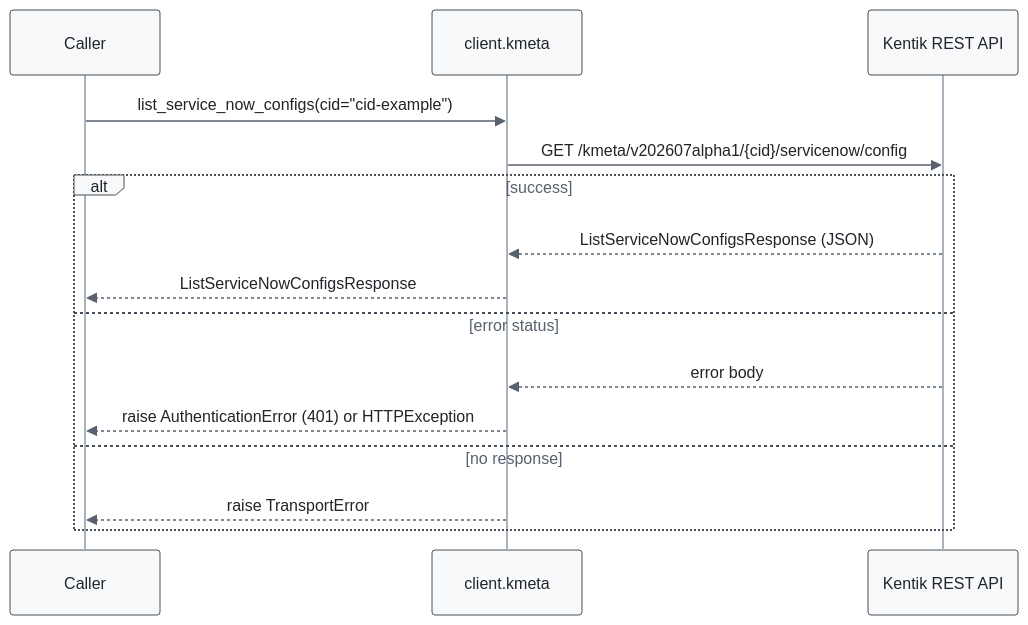
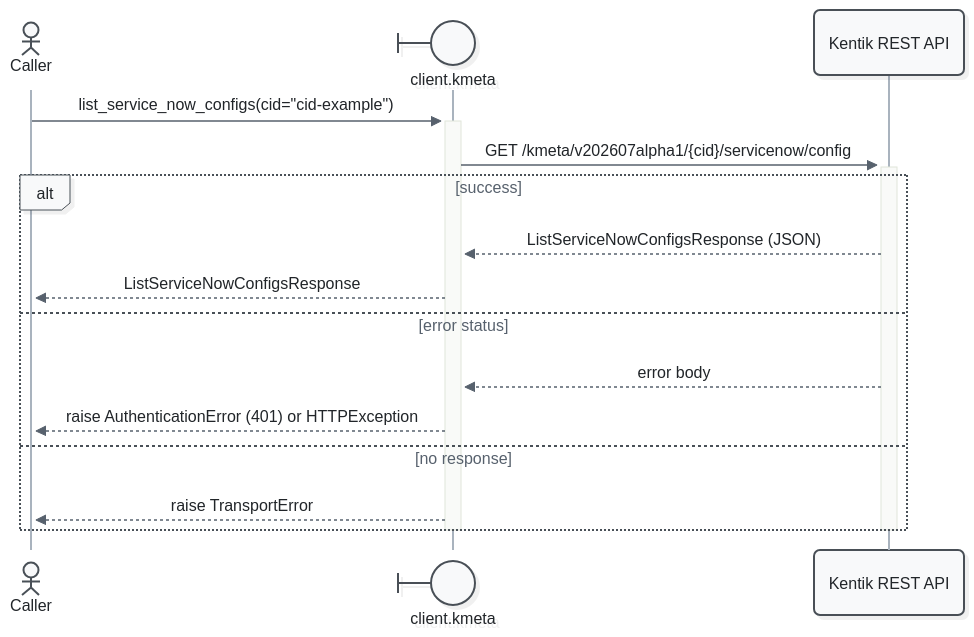
The first of 11 diagrams in docs/sphinx/services/kmeta.md (alexdearaujo/community_sdk_python), drawn with Mermaid before and after one commit. The commit also changed other lines of this file and 52 other files, not shown here.

First line of the commit message:
docs: Mermaid 12 sequence diagrams with participant types and path colors

````diff
--- a/docs/sphinx/services/kmeta.md
+++ b/docs/sphinx/services/kmeta.md
@@ -33,19 +33,21 @@
 ```mermaid
-%%{init: {"theme": "base", "fontFamily": "ui-monospace, SFMono-Regular, Menlo, monospace", "themeVariables": {"fontFamily": "ui-monospace, SFMono-Regular, Menlo, monospace", "primaryColor": "#f8f9fa", "primaryBorderColor": "#495057", "primaryTextColor": "#212529", "textColor": "#212529", "lineColor": "#77818c", "edgeLabelBackground": "#ffffff", "actorBkg": "#f8f9fa", "actorBorder": "#495057", "actorTextColor": "#212529", "actorLineColor": "#a9b3be", "signalColor": "#57616d", "signalTextColor": "#212529", "labelBoxBkgColor": "#f8f9fa", "labelBoxBorderColor": "#495057", "labelTextColor": "#212529", "loopTextColor": "#57616d", "noteBkgColor": "#fff9db", "noteBorderColor": "#f08c00", "noteTextColor": "#a35a00"}, "flowchart": {"curve": "step", "nodeSpacing": 30, "rankSpacing": 70, "wrappingWidth": 400}}}%%
+%%{init: {"theme": "redux", "look": "neo", "layout": "dagre", "fontFamily": "ui-monospace, SFMono-Regular, Menlo, monospace", "themeVariables": {"fontFamily": "ui-monospace, SFMono-Regular, Menlo, monospace", "primaryColor": "#f8f9fa", "primaryBorderColor": "#495057", "primaryTextColor": "#212529", "textColor": "#212529", "lineColor": "#77818c", "edgeLabelBackground": "#ffffff", "actorBkg": "#f8f9fa", "actorBorder": "#495057", "actorTextColor": "#212529", "actorLineColor": "#a9b3be", "signalColor": "#57616d", "signalTextColor": "#212529", "labelBoxBkgColor": "#f8f9fa", "labelBoxBorderColor": "#495057", "labelTextColor": "#212529", "loopTextColor": "#57616d", "noteBkgColor": "#fff9db", "noteBorderColor": "#f08c00", "noteTextColor": "#a35a00"}, "sequence": {"activationWidth": 16}, "flowchart": {"curve": "step", "nodeSpacing": 30, "rankSpacing": 70, "wrappingWidth": 400}}}%%
 sequenceDiagram
-    participant C as Caller
-    participant W as client.kmeta
+    actor C as Caller
+    participant W@{ "type": "boundary" } as client.kmeta
     participant API as Kentik REST API
 
-    C->>W: list_service_now_configs(cid="cid-example")
-    W->>API: GET /kmeta/v202607alpha1/{cid}/servicenow/config
+    C->>+W: list_service_now_configs(cid="cid-example")
+    W->>+API: GET /kmeta/v202607alpha1/{cid}/servicenow/config
     alt success
         API-->>W: ListServiceNowConfigsResponse (JSON)
         W-->>C: ListServiceNowConfigsResponse
     else error status
         API-->>W: error body
         W-->>C: raise AuthenticationError (401) or HTTPException
     else no response
         W-->>C: raise TransportError
     end
+    deactivate API
+    deactivate W
 ```
````
